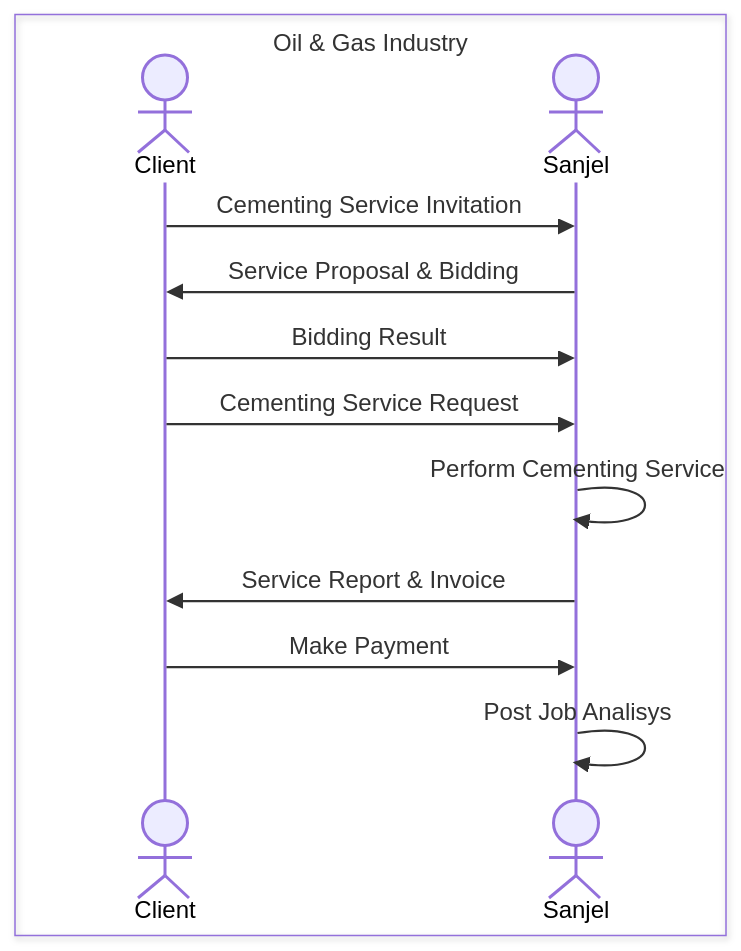
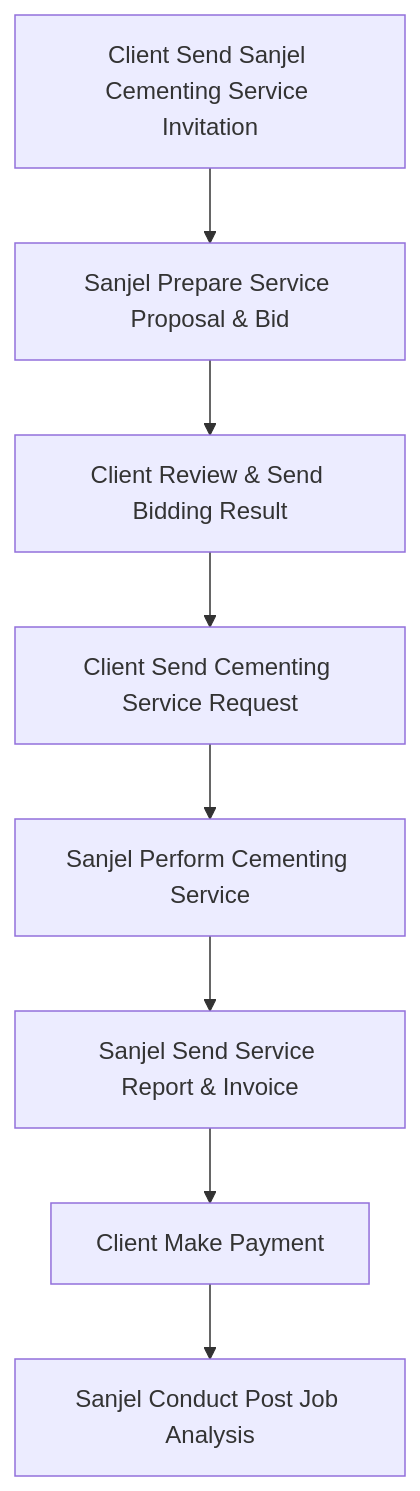
The diagram in Documents/Process.md (Sanjel-Energy-Services/eService_WorkItems), drawn with Mermaid before and after one commit.

````diff
--- a/Documents/Process.md
+++ b/Documents/Process.md
@@ -3,17 +3,10 @@
 ```mermaid
-sequenceDiagram
-box Oil & Gas Industry
-    actor Client 
-    actor Sanjel
-end
-    Client->>Sanjel: Cementing Service Invitation
-    Sanjel->>Client: Service Proposal & Bidding
-    Client->>Sanjel: Bidding Result
-    Client->>Sanjel: Cementing Service Request
-    Sanjel->>Sanjel: Perform Cementing Service
-    Sanjel->>Client: Service Report & Invoice
-    Client->>Sanjel: Make Payment
-    Sanjel->>Sanjel: Post Job Analisys
-    
-
+flowchart TD
+    A[Client Send Sanjel Cementing Service Invitation] --> B[Sanjel Prepare Service Proposal & Bid]
+    B --> C[Client Review & Send Bidding Result]
+    C --> D[Client Send Cementing Service Request]
+    D --> E[Sanjel Perform Cementing Service]
+    E --> F[Sanjel Send Service Report & Invoice]
+    F --> G[Client Make Payment]
+    G --> H[Sanjel Conduct Post Job Analysis]
 ```
````
